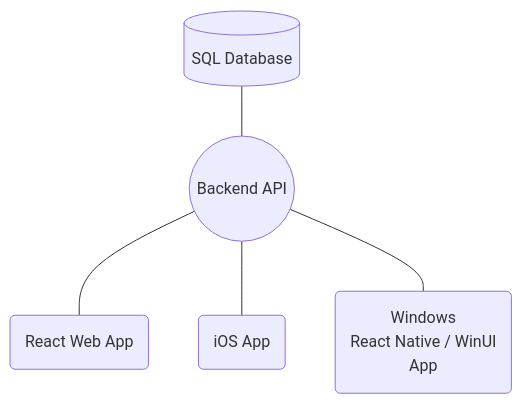
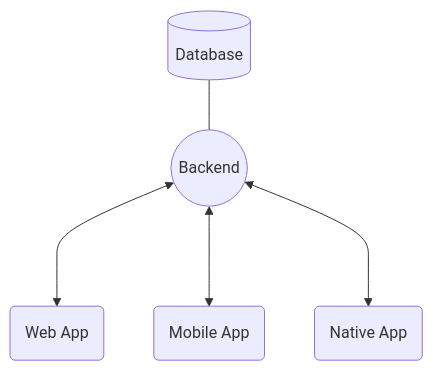
One commit to LowComDenom/wellness-calendar changed the first of 3 diagrams in README.md. Above: the diagram before and after it, drawn with Mermaid. The commit also changed other lines of this file and 1 other file, not shown here.

````diff
--- a/README.md
+++ b/README.md
@@ -9,9 +9,7 @@
 ```mermaid
 flowchart TD
-1[(SQL Database)] --- 2((Backend API))
-2 --- 3.1(React Web App)
-2 --- 3.2(iOS App)
-2 --- 3.3(Windows
-          React Native / WinUI
-          App)
+1[(Database)] --- 2((Backend))
+2 <---> 3.1(Web App)
+2 <---> 3.2(Mobile App)
+2 <---> 3.3(Native App)
 ```
````
